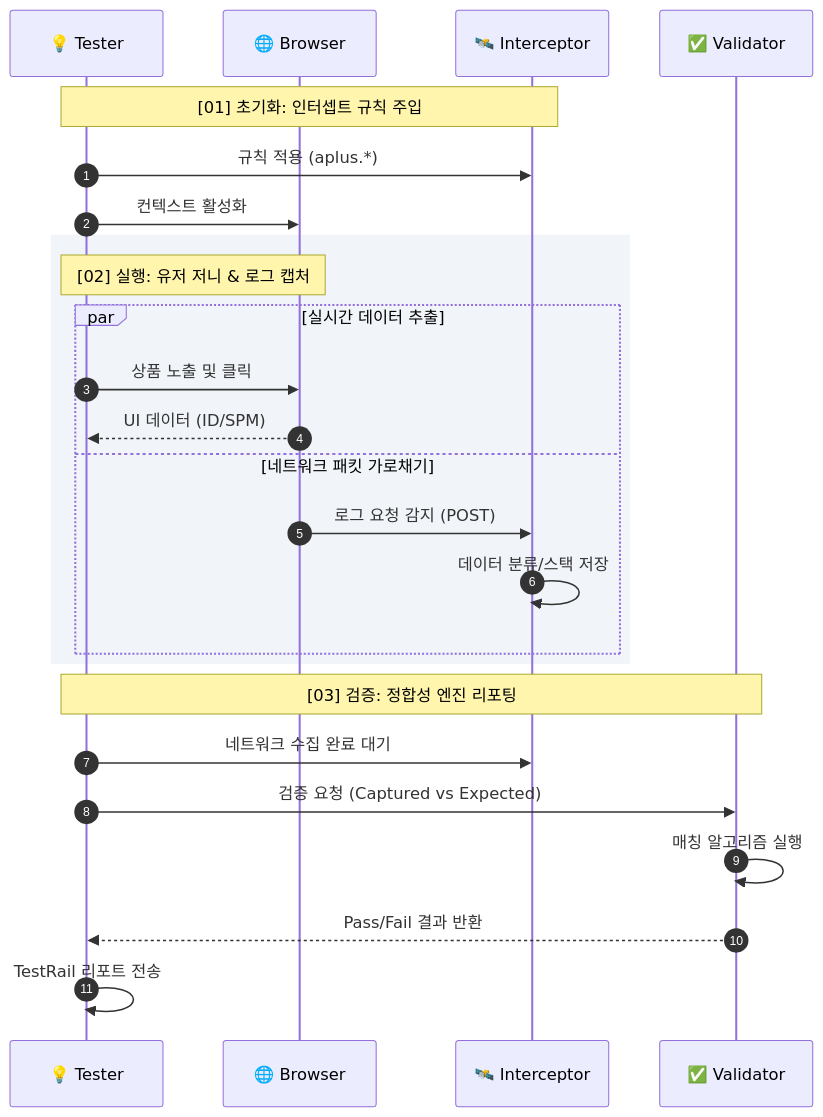
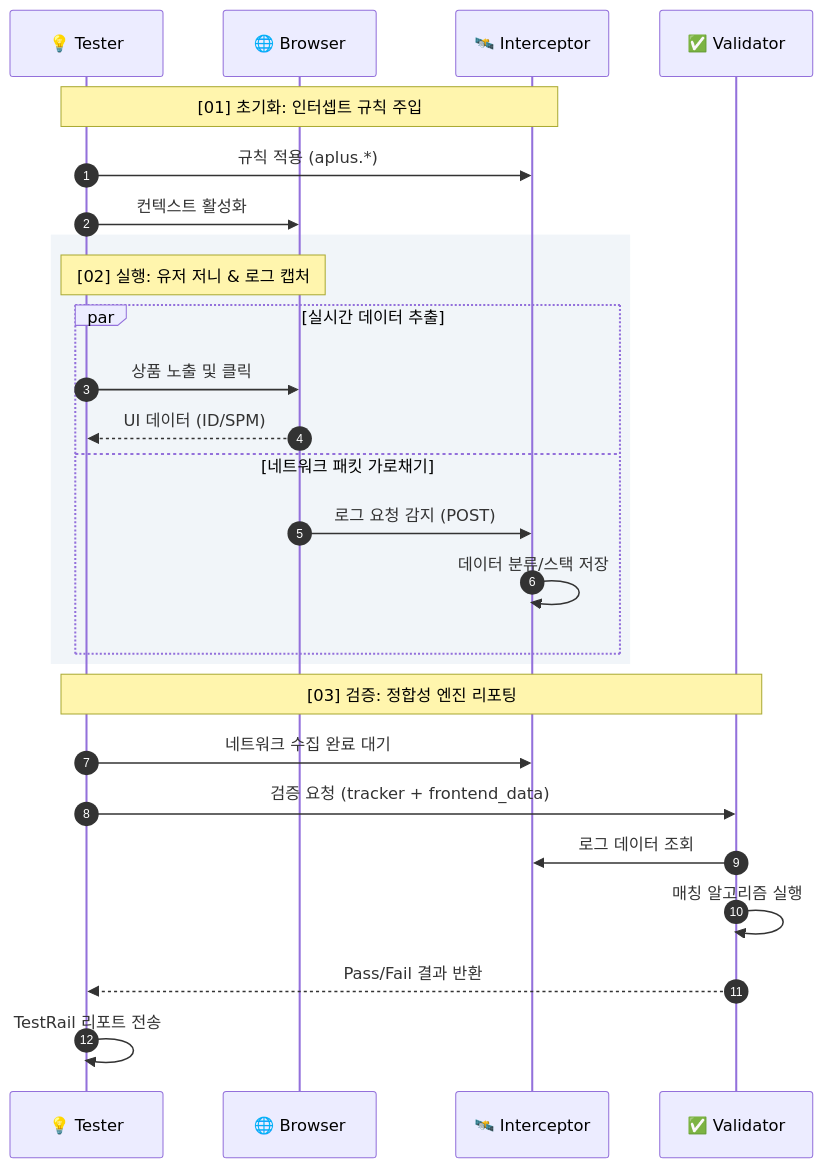
The diagram in docs/flow_sequence_diagram.md (mrt1847-test/user_tracking_automation), drawn with Mermaid before and after one commit.

````diff
--- a/docs/flow_sequence_diagram.md
+++ b/docs/flow_sequence_diagram.md
@@ -3,36 +3,37 @@
 ```mermaid
 sequenceDiagram
     autonumber
     
     %% 참여자 색상 설정 (배경 대비 가독성 최적화)
     participant T as 💡 Tester
     participant B as 🌐 Browser
     participant I as 🛰️ Interceptor
     participant V as ✅ Validator
 
     %% Phase 01: Setup (Thin Line)
     Note over T, I: [01] 초기화: 인터셉트 규칙 주입
     T->>I: 규칙 적용 (aplus.*)
     T->>B: 컨텍스트 활성화
 
     %% Phase 02: Execution (Modern Blue Rect)
     %% 가장 중요한 실행 단계에 시선을 집중시키는 Slate Blue 배경
     rect rgb(241, 245, 249)
         Note over T, B: [02] 실행: 유저 저니 & 로그 캡처
         par 실시간 데이터 추출
             T->>B: 상품 노출 및 클릭
             B-->>T: UI 데이터 (ID/SPM)
         and 네트워크 패킷 가로채기
             B->>I: 로그 요청 감지 (POST)
             I->>I: 데이터 분류/스택 저장
         end
     end
 
     %% Phase 03: Validation (Clean White)
     Note over T, V: [03] 검증: 정합성 엔진 리포팅
     T->>I: 네트워크 수집 완료 대기
-    T->>V: 검증 요청 (Captured vs Expected)
+    T->>V: 검증 요청 (tracker + frontend_data)
+    V->>I: 로그 데이터 조회
     V->>V: 매칭 알고리즘 실행
     V-->>T: Pass/Fail 결과 반환
     T->>T: TestRail 리포트 전송
 ```
````
